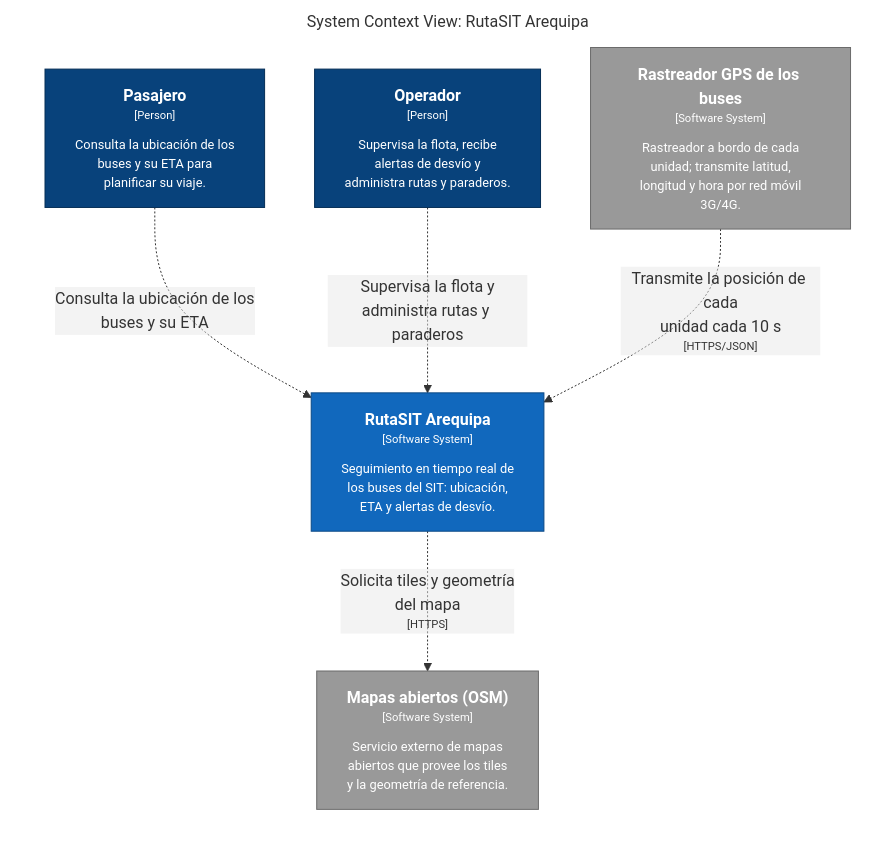
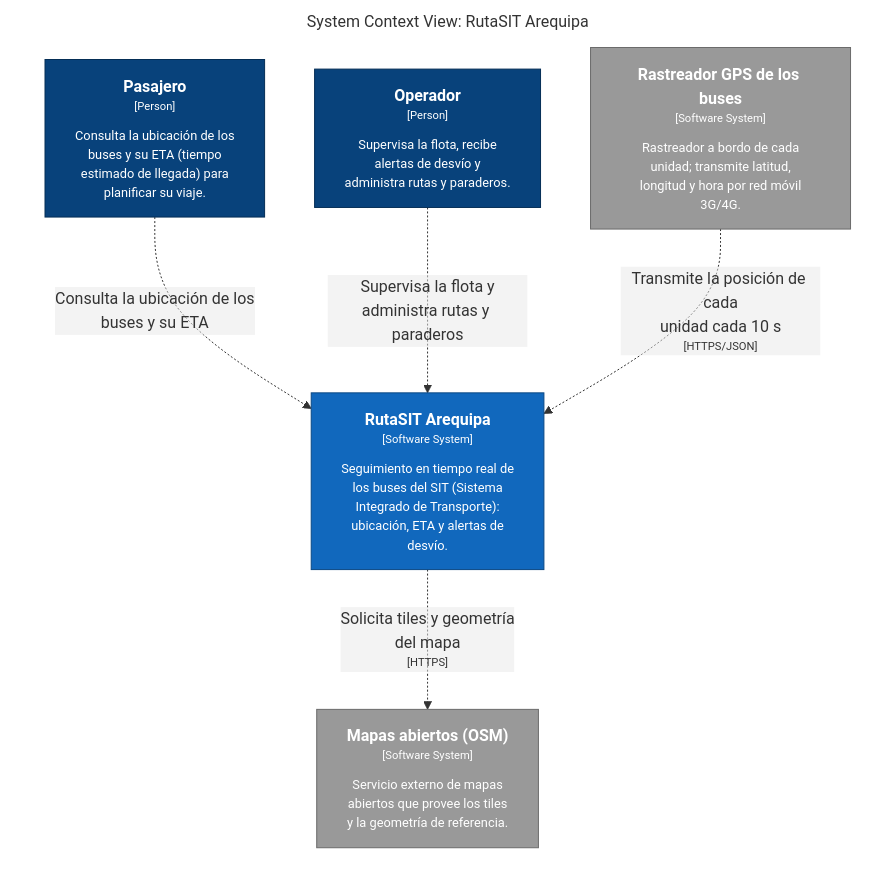
The diagram in lab06/docs/architecture/c4/export/structurizr-Contexto.mmd (F4brici0L4yme/cs-2026b-lab04-grupo-b), drawn with Mermaid before and after one commit. The commit also changed 18 other files, not shown here.

```diff
--- a/lab06/docs/architecture/c4/export/structurizr-Contexto.mmd
+++ b/lab06/docs/architecture/c4/export/structurizr-Contexto.mmd
@@ -1,23 +1,23 @@
 graph LR
   linkStyle default fill:#ffffff
 
   subgraph diagram ["System Context View: RutaSIT Arequipa"]
     style diagram fill:#ffffff,stroke:#ffffff
 
-    1["<div style='font-weight: bold'>Pasajero</div><div style='font-size: 70%; margin-top: 0px'>[Person]</div><div style='font-size: 80%; margin-top:10px'>Consulta la ubicación de los<br />buses y su ETA para<br />planificar su viaje.</div>"]
+    1["<div style='font-weight: bold'>Pasajero</div><div style='font-size: 70%; margin-top: 0px'>[Person]</div><div style='font-size: 80%; margin-top:10px'>Consulta la ubicación de los<br />buses y su ETA (tiempo<br />estimado de llegada) para<br />planificar su viaje.</div>"]
     style 1 fill:#08427b,stroke:#052e56,color:#ffffff
     13["<div style='font-weight: bold'>Rastreador GPS de los buses</div><div style='font-size: 70%; margin-top: 0px'>[Software System]</div><div style='font-size: 80%; margin-top:10px'>Rastreador a bordo de cada<br />unidad; transmite latitud,<br />longitud y hora por red móvil<br />3G/4G.</div>"]
     style 13 fill:#999999,stroke:#6b6b6b,color:#ffffff
     14["<div style='font-weight: bold'>Mapas abiertos (OSM)</div><div style='font-size: 70%; margin-top: 0px'>[Software System]</div><div style='font-size: 80%; margin-top:10px'>Servicio externo de mapas<br />abiertos que provee los tiles<br />y la geometría de referencia.</div>"]
     style 14 fill:#999999,stroke:#6b6b6b,color:#ffffff
     2["<div style='font-weight: bold'>Operador</div><div style='font-size: 70%; margin-top: 0px'>[Person]</div><div style='font-size: 80%; margin-top:10px'>Supervisa la flota, recibe<br />alertas de desvío y<br />administra rutas y paraderos.</div>"]
     style 2 fill:#08427b,stroke:#052e56,color:#ffffff
-    3["<div style='font-weight: bold'>RutaSIT Arequipa</div><div style='font-size: 70%; margin-top: 0px'>[Software System]</div><div style='font-size: 80%; margin-top:10px'>Seguimiento en tiempo real de<br />los buses del SIT: ubicación,<br />ETA y alertas de desvío.</div>"]
+    3["<div style='font-weight: bold'>RutaSIT Arequipa</div><div style='font-size: 70%; margin-top: 0px'>[Software System]</div><div style='font-size: 80%; margin-top:10px'>Seguimiento en tiempo real de<br />los buses del SIT (Sistema<br />Integrado de Transporte):<br />ubicación, ETA y alertas de<br />desvío.</div>"]
     style 3 fill:#1168bd,stroke:#0b4884,color:#ffffff
 
     1-. "<div>Consulta la ubicación de los<br />buses y su ETA</div><div style='font-size: 70%'></div>" .->3
     2-. "<div>Supervisa la flota y<br />administra rutas y paraderos</div><div style='font-size: 70%'></div>" .->3
     13-. "<div>Transmite la posición de cada<br />unidad cada 10 s</div><div style='font-size: 70%'>[HTTPS/JSON]</div>" .->3
     3-. "<div>Solicita tiles y geometría<br />del mapa</div><div style='font-size: 70%'>[HTTPS]</div>" .->14
 
   end
```
